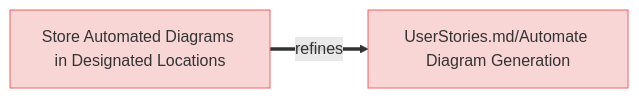
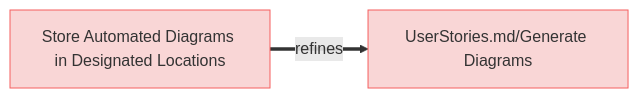
Before and after one commit to reqvire-org/reqvire: the third of 11 diagrams in specifications/UserRequirements.md, drawn with Mermaid. The commit also changed other lines of this file and 12 other files, not shown here.

````diff
--- a/specifications/UserRequirements.md
+++ b/specifications/UserRequirements.md
@@ -189,18 +208,18 @@
 ```mermaid
 graph LR;
   %% Graph styling
   classDef requirement fill:#f9d6d6,stroke:#f55f5f,stroke-width:1px;
   classDef satisfies fill:#fff2cc,stroke:#ffcc00,stroke-width:1px;
   classDef verification fill:#d6f9d6,stroke:#5fd75f,stroke-width:1px;
   classDef externalLink fill:#d0e0ff,stroke:#3080ff,stroke-width:1px;
   classDef paragraph fill:#efefef,stroke:#999999,stroke-width:1px;
   classDef default fill:#f5f5f5,stroke:#333333,stroke-width:1px;
 
     Store_Automated_Diagrams_in_Designated_Locations["Store Automated Diagrams in Designated Locations"];
     click Store_Automated_Diagrams_in_Designated_Locations "UserRequirements.md#store-automated-diagrams-in-designated-locations";
     class Store_Automated_Diagrams_in_Designated_Locations requirement;
-    Store_Automated_Diagrams_in_Designated_Locations ==>|refines| _UserStories_md_Automate_Diagram_Generation__UserStories_md_automate_diagram_generation_;
-    _UserStories_md_Automate_Diagram_Generation__UserStories_md_automate_diagram_generation_["UserStories.md/Automate Diagram Generation"];
-    click _UserStories_md_Automate_Diagram_Generation__UserStories_md_automate_diagram_generation_ "UserStories.md#automate-diagram-generation";
-    class _UserStories_md_Automate_Diagram_Generation__UserStories_md_automate_diagram_generation_ requirement;
+    Store_Automated_Diagrams_in_Designated_Locations ==>|refines| _UserStories_md_Generate_Diagrams__UserStories_md_generate_diagrams_;
+    _UserStories_md_Generate_Diagrams__UserStories_md_generate_diagrams_["UserStories.md/Generate Diagrams"];
+    click _UserStories_md_Generate_Diagrams__UserStories_md_generate_diagrams_ "UserStories.md#generate-diagrams";
+    class _UserStories_md_Generate_Diagrams__UserStories_md_generate_diagrams_ requirement;
 ```
````
